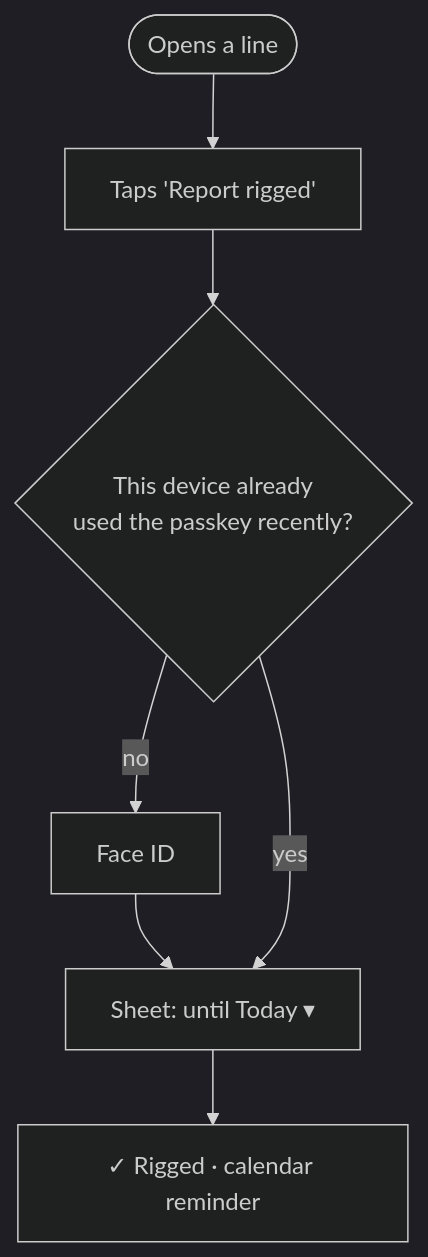
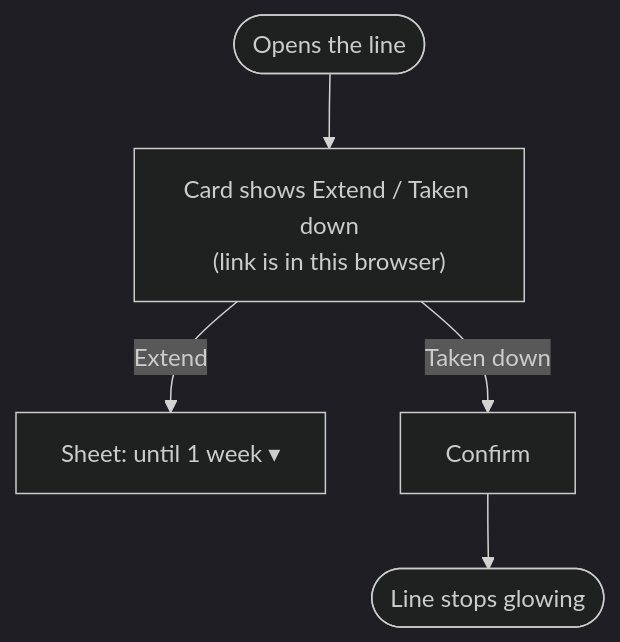
Before and after one commit to International-Slackline-Association/isa: the sixth of 9 diagrams in specs/slackmap-live-lines/flows.md, drawn with Mermaid (dark theme). The commit also changed other lines of this file and 5 other files, not shown here.

Commit message:
specs/slackmap-live-lines: manage link replaces the passkey; sharing it moves a rig to another device or hands it to a crew member; code after # so it never reaches server logs; hash erased when the rig ends; rejected options listed

````diff
--- a/specs/slackmap-live-lines/flows.md
+++ b/specs/slackmap-live-lines/flows.md
@@ -158,8 +125,6 @@
 ```mermaid
 flowchart TD
-    A([Opens a line]) --> C["Taps 'Report rigged'"]
-    C --> F{This device already<br/>used the passkey recently?}
-    F -- no --> P["Face ID"] --> Sh
-    F -- yes --> Sh["Sheet: until  Today ▾"]
-    Sh --> D["✓ Rigged · calendar reminder"]
+    A([Opens the line]) --> O["Card shows Extend / Taken down<br/>(link is in this browser)"]
+    O -- Extend --> X["Sheet: until  1 week ▾"]
+    O -- Taken down --> T["Confirm"] --> Gone([Line stops glowing])
 ```
````
